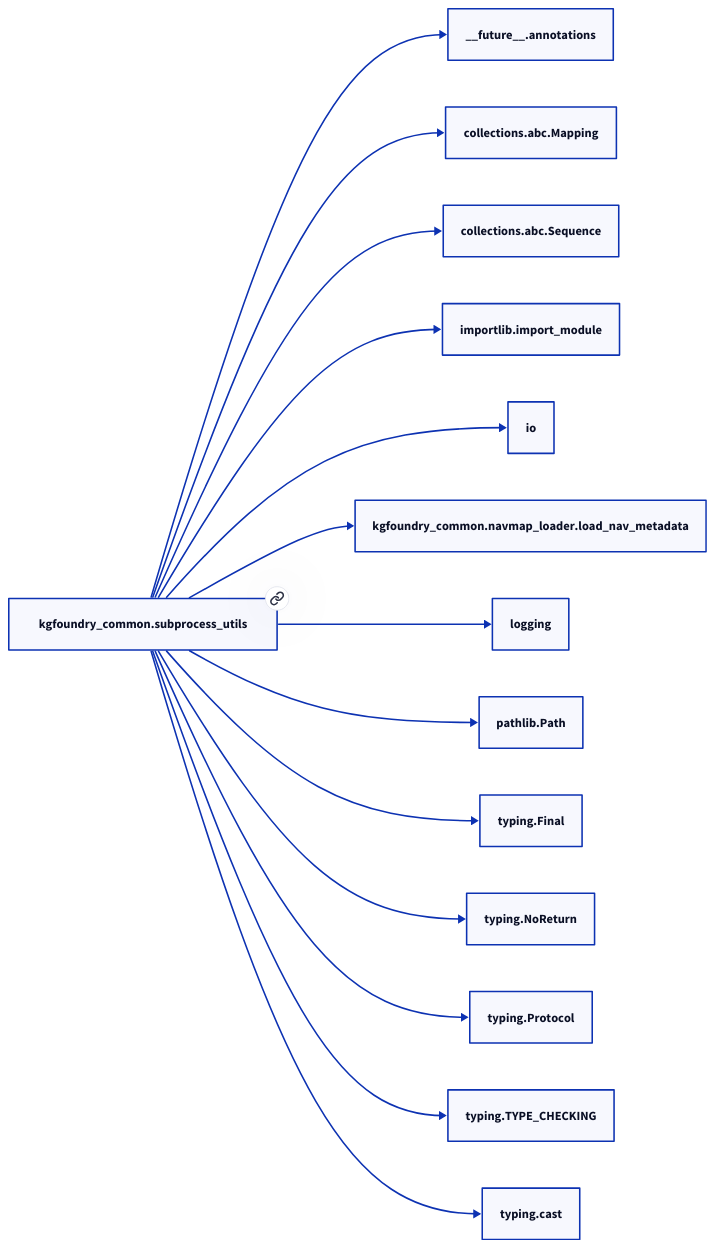
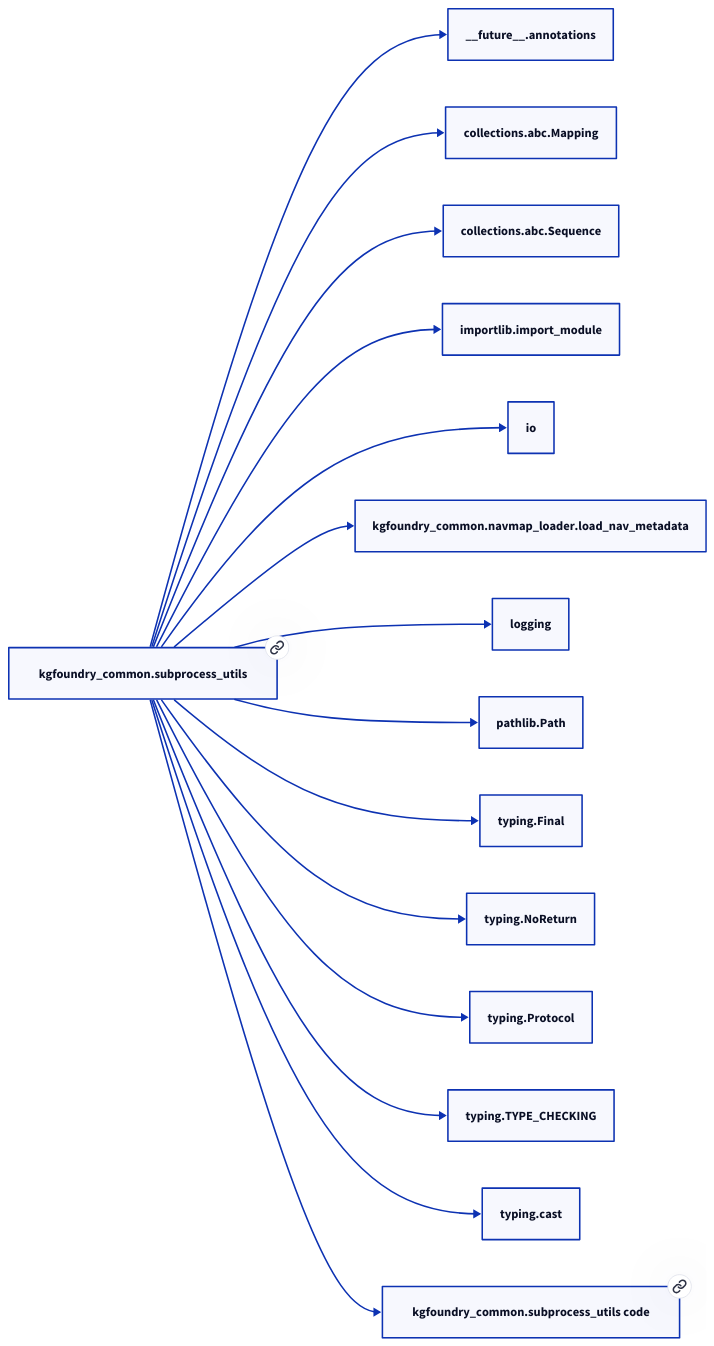
Before and after one commit to paul-heyse/kgforge: the second of 2 diagrams in docs/modules/kgfoundry_common/subprocess_utils.md, drawn with D2. The commit also changed other lines of this file and 319 other files, not shown here.

````diff
--- a/docs/modules/kgfoundry_common/subprocess_utils.md
+++ b/docs/modules/kgfoundry_common/subprocess_utils.md
@@ -159,30 +161,32 @@
 ```d2
 direction: right
-"kgfoundry_common.subprocess_utils": "kgfoundry_common.subprocess_utils" { link: "subprocess_utils.md" }
+"kgfoundry_common.subprocess_utils": "kgfoundry_common.subprocess_utils" { link: "./kgfoundry_common/subprocess_utils.md" }
 "__future__.annotations": "__future__.annotations"
 "kgfoundry_common.subprocess_utils" -> "__future__.annotations"
 "collections.abc.Mapping": "collections.abc.Mapping"
 "kgfoundry_common.subprocess_utils" -> "collections.abc.Mapping"
 "collections.abc.Sequence": "collections.abc.Sequence"
 "kgfoundry_common.subprocess_utils" -> "collections.abc.Sequence"
 "importlib.import_module": "importlib.import_module"
 "kgfoundry_common.subprocess_utils" -> "importlib.import_module"
 "io": "io"
 "kgfoundry_common.subprocess_utils" -> "io"
 "kgfoundry_common.navmap_loader.load_nav_metadata": "kgfoundry_common.navmap_loader.load_nav_metadata"
 "kgfoundry_common.subprocess_utils" -> "kgfoundry_common.navmap_loader.load_nav_metadata"
 "logging": "logging"
 "kgfoundry_common.subprocess_utils" -> "logging"
 "pathlib.Path": "pathlib.Path"
 "kgfoundry_common.subprocess_utils" -> "pathlib.Path"
 "typing.Final": "typing.Final"
 "kgfoundry_common.subprocess_utils" -> "typing.Final"
 "typing.NoReturn": "typing.NoReturn"
 "kgfoundry_common.subprocess_utils" -> "typing.NoReturn"
 "typing.Protocol": "typing.Protocol"
 "kgfoundry_common.subprocess_utils" -> "typing.Protocol"
 "typing.TYPE_CHECKING": "typing.TYPE_CHECKING"
 "kgfoundry_common.subprocess_utils" -> "typing.TYPE_CHECKING"
 "typing.cast": "typing.cast"
 "kgfoundry_common.subprocess_utils" -> "typing.cast"
+"kgfoundry_common.subprocess_utils_code": "kgfoundry_common.subprocess_utils code" { link: "https://github.com/kgfoundry/kgfoundry/blob/main/src/kgfoundry_common/subprocess_utils.py" }
+"kgfoundry_common.subprocess_utils" -> "kgfoundry_common.subprocess_utils_code" { style: dashed }
 ```
````
